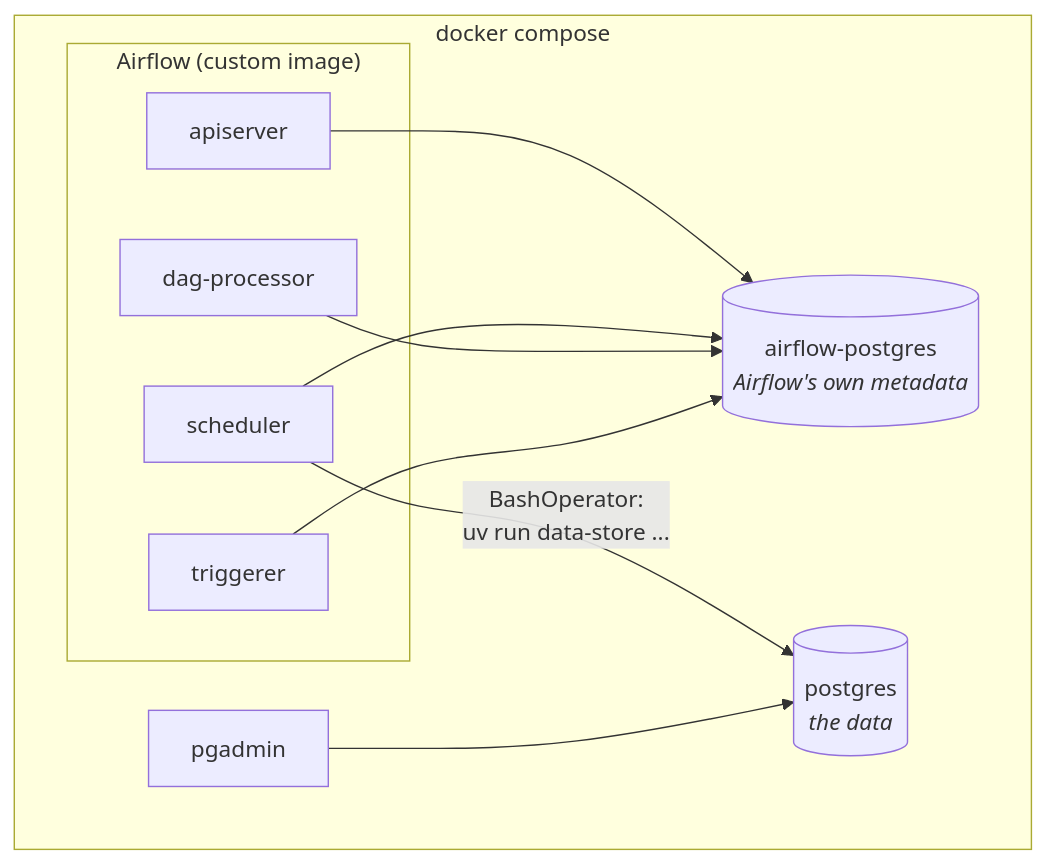
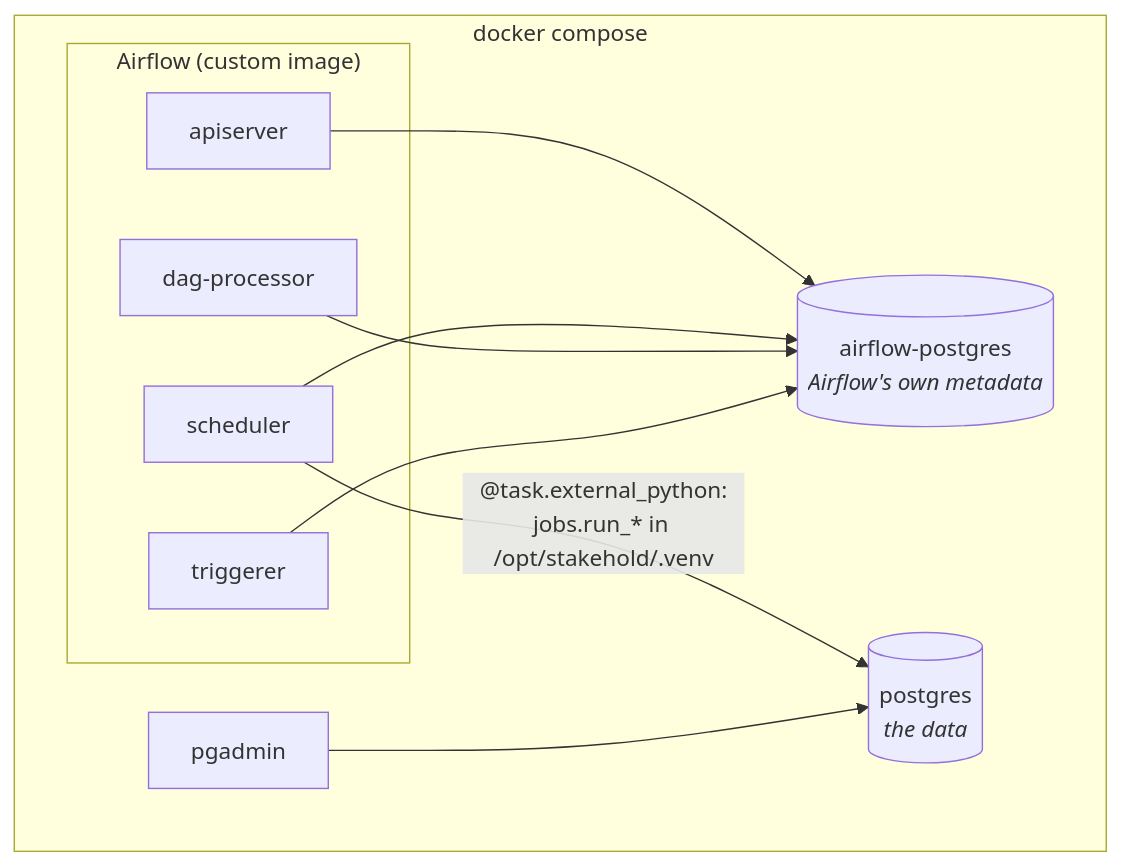
The third of 3 diagrams in services/data-store/docs/architecture.md (jpedropereira/Stakehold), drawn with Mermaid before and after one commit. The commit also changed other lines of this file and 15 other files, not shown here.

````diff
--- a/services/data-store/docs/architecture.md
+++ b/services/data-store/docs/architecture.md
@@ -240,18 +245,18 @@
 ```mermaid
 flowchart TB
     subgraph host["docker compose"]
         subgraph af["Airflow (custom image)"]
             API["apiserver"]
             SCHED["scheduler"]
             DAGP["dag-processor"]
             TRIG["triggerer"]
         end
         AFDB[("airflow-postgres<br/><i>Airflow's own metadata</i>")]
         APPDB[("postgres<br/><i>the data</i>")]
         PGA["pgadmin"]
     end
 
     API & SCHED & DAGP & TRIG --> AFDB
-    SCHED -->|"BashOperator:<br/>uv run data-store ..."| APPDB
+    SCHED -->|"@task.external_python:<br/>jobs.run_* in /opt/stakehold/.venv"| APPDB
     PGA --> APPDB
 ```
````
